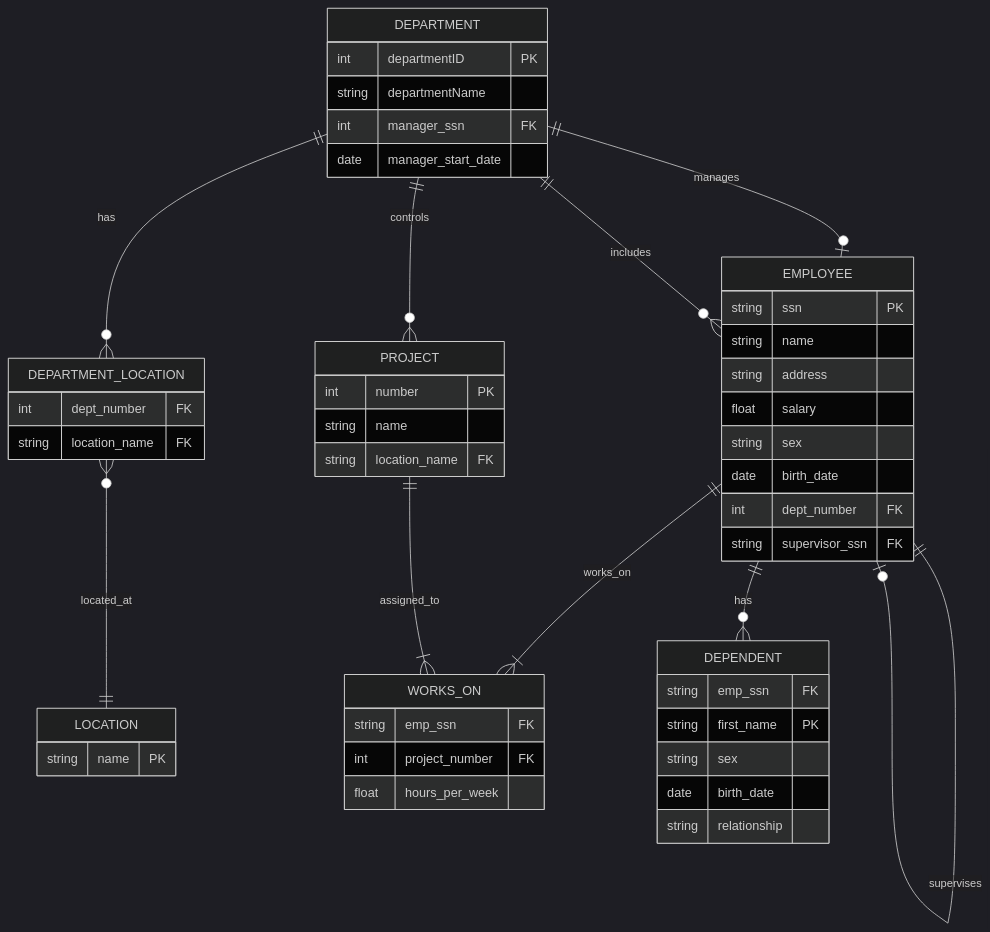
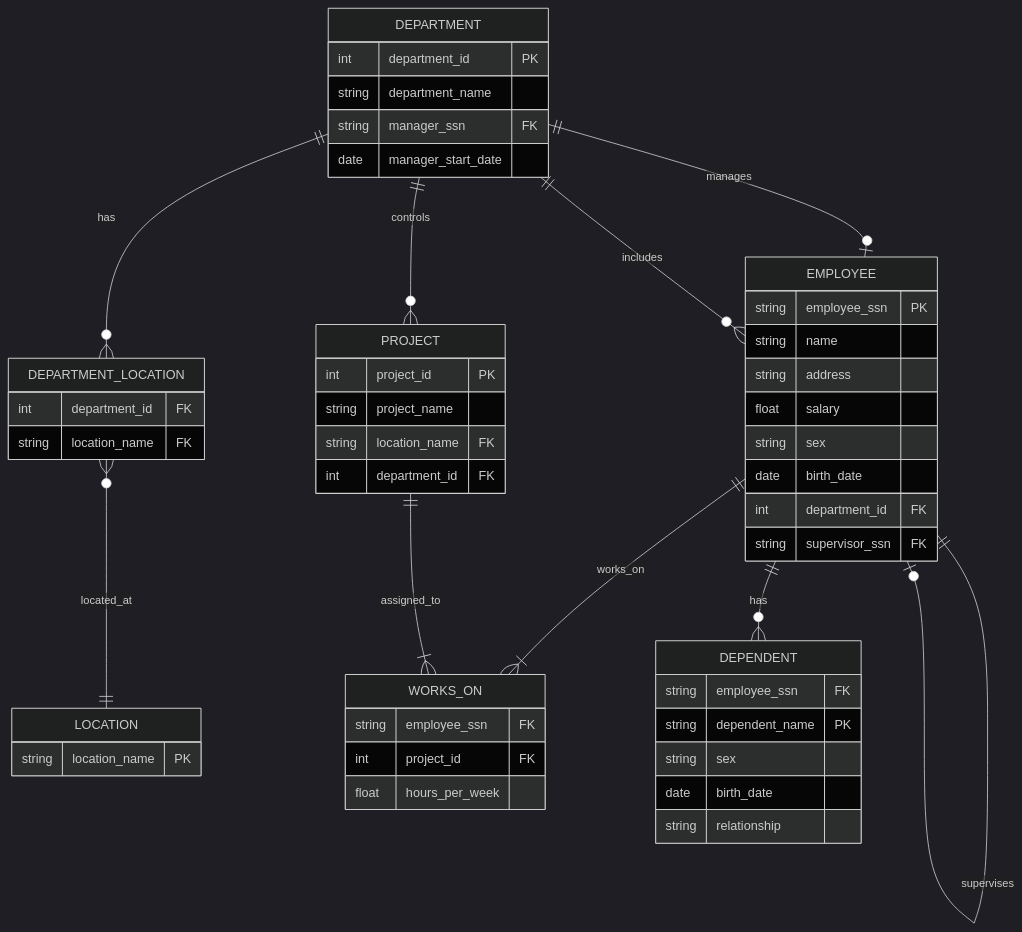
One commit to DevDs1989/2ndYearNotes changed the diagram in DMBS/Lab/Experiment 2.md. Above: the diagram before and after it, drawn with Mermaid (dark theme). The commit also changed 2 other files, not shown here.

Commit message:
vault backup: 2025-09-07 20:49:56

````diff
--- a/DMBS/Lab/Experiment 2.md
+++ b/DMBS/Lab/Experiment 2.md
@@ -16,106 +16,106 @@
 ```mermaid
----
-  darkMode: true
----
+
 erDiagram
+
+
 
 DEPARTMENT {
 
-int departmentID "PK"
+int department_id PK ""
 
-string departmentName
+string department_name ""
 
-int manager_ssn "FK"
+string manager_ssn FK ""
 
-date manager_start_date
+date manager_start_date ""
 
 }
 
 LOCATION {
 
-string name "PK"
+string location_name PK ""
 
 }
 
 DEPARTMENT_LOCATION {
 
-int dept_number "FK"
+int department_id FK ""
 
-string location_name "FK"
+string location_name FK ""
 
 }
 
 PROJECT {
 
-int number "PK"
+int project_id PK ""
 
-string name
+string project_name ""
 
-string location_name "FK"
+string location_name FK ""
+
+int department_id FK ""
 
 }
 
 EMPLOYEE {
 
-string ssn "PK"
+string employee_ssn PK ""
 
-string name
+string name ""
 
-string address
+string address ""
 
-float salary
+float salary ""
 
-string sex
+string sex ""
 
-date birth_date
+date birth_date ""
 
-int dept_number "FK"
+int department_id FK ""
 
-string supervisor_ssn "FK"
+string supervisor_ssn FK ""
 
 }
 
 WORKS_ON {
 
-string emp_ssn "FK"
+string employee_ssn FK ""
 
-int project_number "FK"
+int project_id FK ""
 
-float hours_per_week
+float hours_per_week ""
 
 }
 
 DEPENDENT {
 
-string emp_ssn "FK"
+string employee_ssn FK ""
 
-string first_name "PK"
+string dependent_name PK ""
 
-string sex
+string sex ""
 
-date birth_date
+date birth_date ""
 
-string relationship
+string relationship ""
 
 }
 
-  
+DEPARTMENT||--o|EMPLOYEE:"manages"
 
-DEPARTMENT ||--o| EMPLOYEE : manages
+DEPARTMENT||--o{DEPARTMENT_LOCATION:"has"
 
-DEPARTMENT ||--o{ DEPARTMENT_LOCATION : has
+DEPARTMENT||--o{PROJECT:"controls"
 
-DEPARTMENT ||--o{ PROJECT : controls
+DEPARTMENT||--o{EMPLOYEE:"includes"
 
-DEPARTMENT ||--o{ EMPLOYEE : includes
+DEPARTMENT_LOCATION}o--||LOCATION:"located_at"
 
-DEPARTMENT_LOCATION }o--|| LOCATION : located_at
+EMPLOYEE||--|{WORKS_ON:"works_on"
 
-EMPLOYEE ||--|{ WORKS_ON : works_on
+PROJECT||--|{WORKS_ON:"assigned_to"
 
-PROJECT ||--|{ WORKS_ON : assigned_to
+EMPLOYEE||--o{DEPENDENT:"has"
 
-EMPLOYEE ||--o{ DEPENDENT : has
-
-EMPLOYEE ||--o| EMPLOYEE : supervises
+EMPLOYEE||--o|EMPLOYEE:"supervises"
 ```
````
